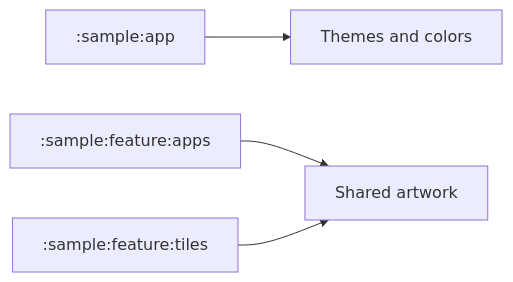
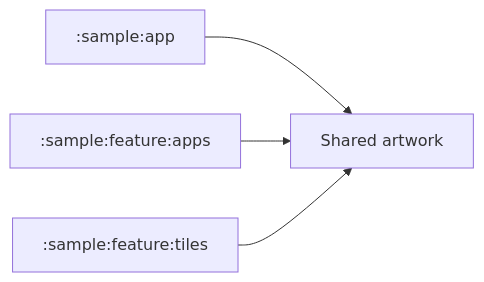
One commit to MihaiCristianCondrea/App-Toolkit-for-Android changed the diagram in sample/core/ui/README.md. Above: the diagram before and after it, drawn with Mermaid. The commit also changed other lines of this file and 33 other files, not shown here.

Commit message:
make the app toolkit handle data automatically again to have less code in the sample

````diff
--- a/sample/core/ui/README.md
+++ b/sample/core/ui/README.md
@@ -32,6 +32,6 @@
 ```mermaid
 flowchart LR
-    App[":sample:app"] --> Theme[Themes and colors]
+    App[":sample:app"] --> Artwork[Shared artwork]
     Apps[":sample:feature:apps"] --> Artwork[Shared artwork]
     Tiles[":sample:feature:tiles"] --> Artwork
 ```
````
